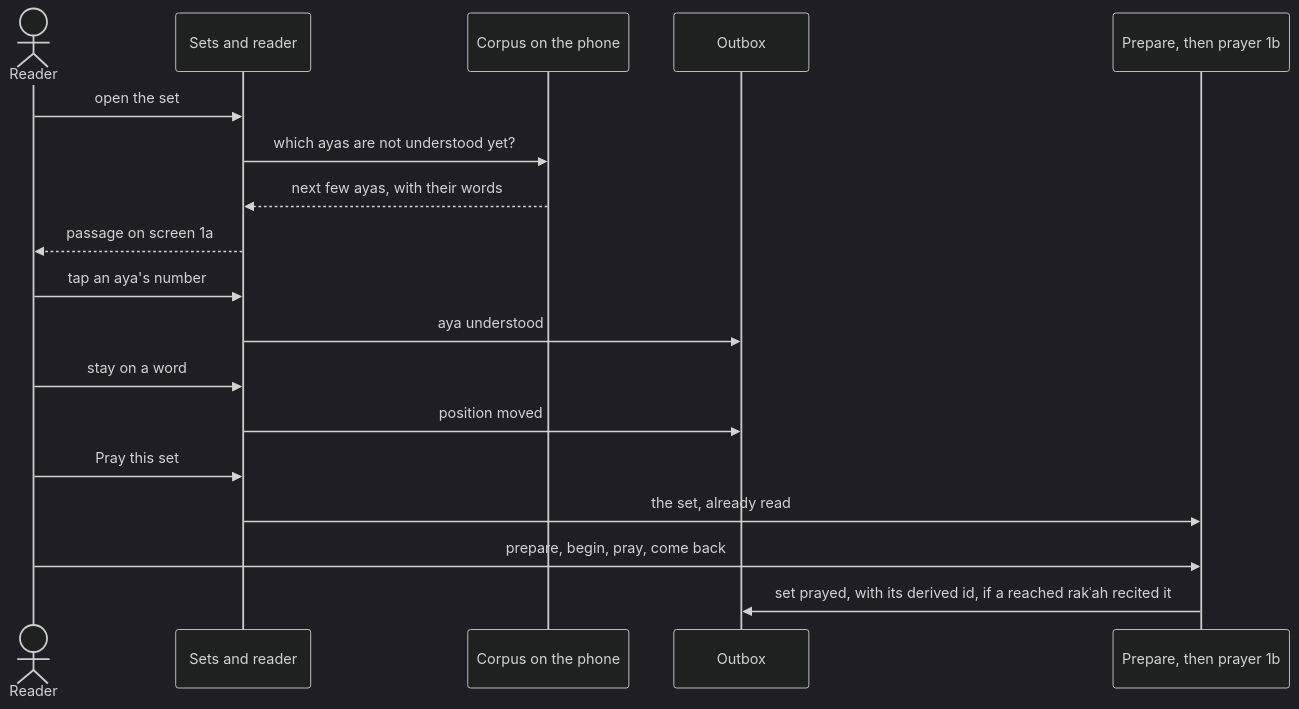
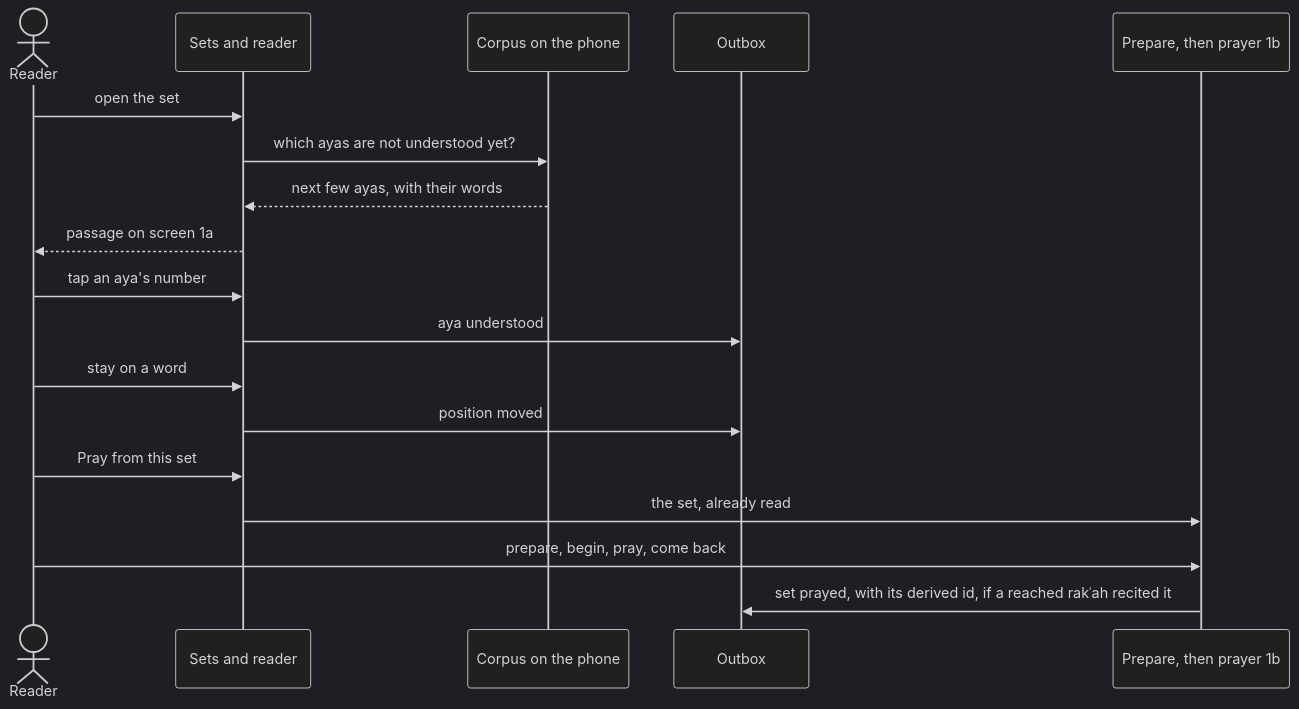
Before and after one commit to MohammadBnei/wird: the first of 11 diagrams in docs/architecture/app/sets-and-reader.md, drawn with Mermaid (dark theme). The commit also changed other lines of this file and 49 other files, not shown here.

````diff
--- a/docs/architecture/app/sets-and-reader.md
+++ b/docs/architecture/app/sets-and-reader.md
@@ -13,20 +13,20 @@
 ```mermaid
 sequenceDiagram
   actor R as Reader
   participant S as Sets and reader
   participant C as Corpus on the phone
   participant O as Outbox
   participant P as Prepare, then prayer 1b
   R->>S: open the set
   S->>C: which ayas are not understood yet?
   C-->>S: next few ayas, with their words
   S-->>R: passage on screen 1a
   R->>S: tap an aya's number
   S->>O: aya understood
   R->>S: stay on a word
   S->>O: position moved
-  R->>S: Pray this set
+  R->>S: Pray from this set
   S->>P: the set, already read
   R->>P: prepare, begin, pray, come back
   P->>O: set prayed, with its derived id, if a reached rakʿah recited it
 ```
````
